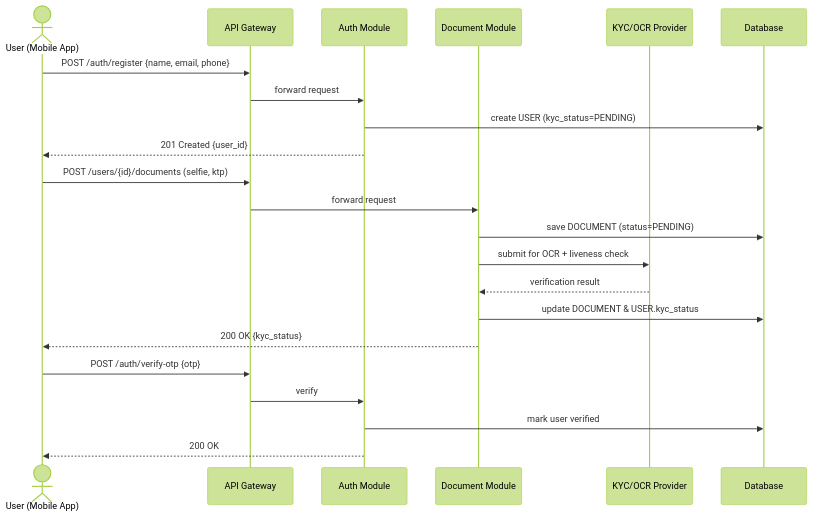
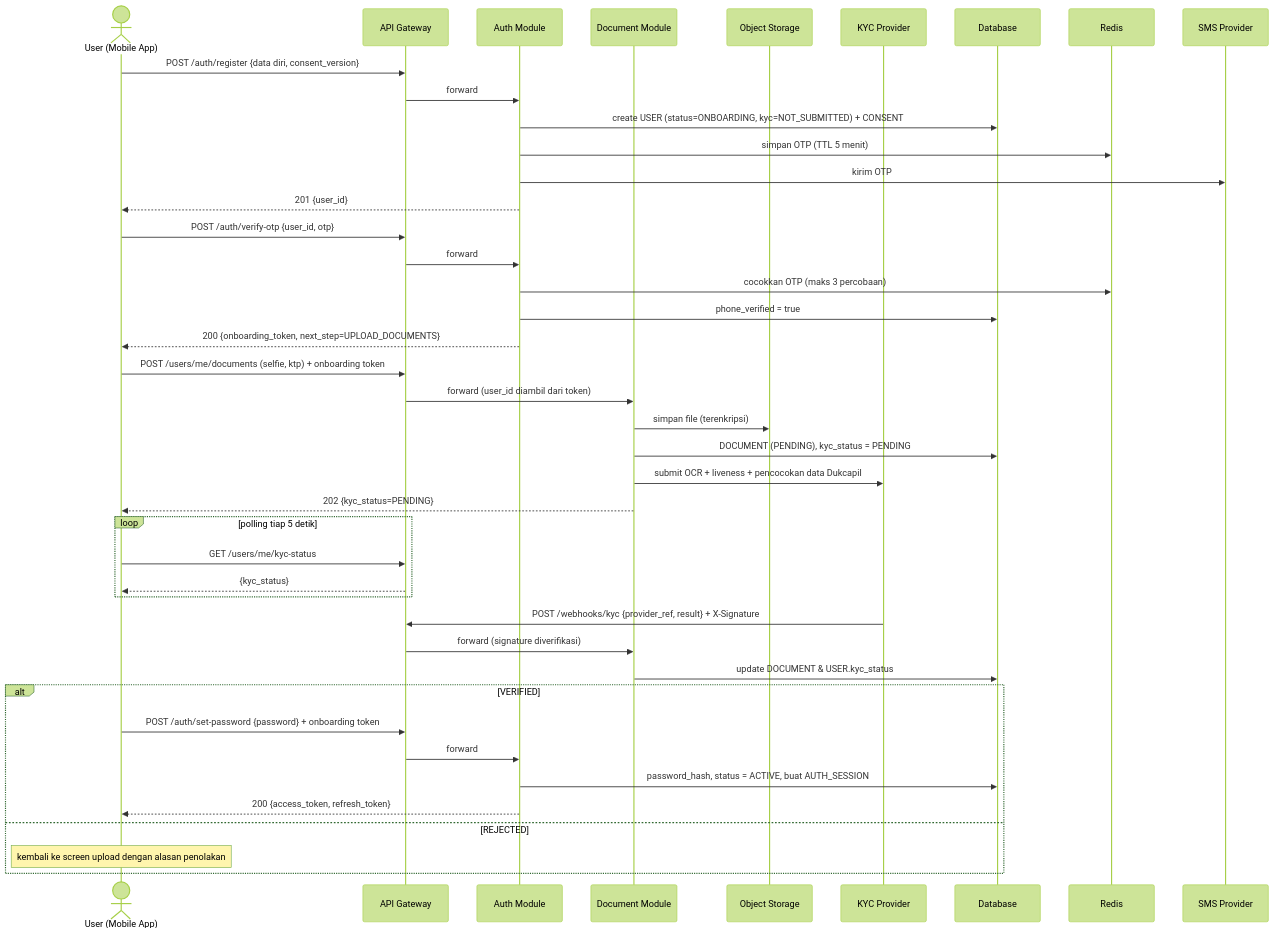
One commit to sendygit/assesment-solution-analyst changed the first of 6 diagrams in docs/04-api-design/api-sequence-diagrams.md. Above: the diagram before and after it, drawn with Mermaid (forest theme). The commit also changed other lines of this file and 2 other files, not shown here.

Commit message:
Rework API design: fix OpenAPI spec, secure onboarding, add loan state diagram

````diff
--- a/docs/04-api-design/api-sequence-diagrams.md
+++ b/docs/04-api-design/api-sequence-diagrams.md
@@ -5,27 +7,50 @@
 ```mermaid
 sequenceDiagram
     actor U as User (Mobile App)
     participant GW as API Gateway
     participant Auth as Auth Module
     participant Doc as Document Module
-    participant KYC as KYC/OCR Provider
+    participant Blob as Object Storage
+    participant KYC as KYC Provider
     participant DB as Database
+    participant Cache as Redis
+    participant SMS as SMS Provider
 
-    U->>GW: POST /auth/register {name, email, phone}
-    GW->>Auth: forward request
-    Auth->>DB: create USER (kyc_status=PENDING)
-    Auth-->>U: 201 Created {user_id}
+    U->>GW: POST /auth/register {data diri, consent_version}
+    GW->>Auth: forward
+    Auth->>DB: create USER (status=ONBOARDING, kyc=NOT_SUBMITTED) + CONSENT
+    Auth->>Cache: simpan OTP (TTL 5 menit)
+    Auth->>SMS: kirim OTP
+    Auth-->>U: 201 {user_id}
 
-    U->>GW: POST /users/{id}/documents (selfie, ktp)
-    GW->>Doc: forward request
-    Doc->>DB: save DOCUMENT (status=PENDING)
-    Doc->>KYC: submit for OCR + liveness check
-    KYC-->>Doc: verification result
+    U->>GW: POST /auth/verify-otp {user_id, otp}
+    GW->>Auth: forward
+    Auth->>Cache: cocokkan OTP (maks 3 percobaan)
+    Auth->>DB: phone_verified = true
+    Auth-->>U: 200 {onboarding_token, next_step=UPLOAD_DOCUMENTS}
+
+    U->>GW: POST /users/me/documents (selfie, ktp) + onboarding token
+    GW->>Doc: forward (user_id diambil dari token)
+    Doc->>Blob: simpan file (terenkripsi)
+    Doc->>DB: DOCUMENT (PENDING), kyc_status = PENDING
+    Doc->>KYC: submit OCR + liveness + pencocokan data Dukcapil
+    Doc-->>U: 202 {kyc_status=PENDING}
+
+    loop polling tiap 5 detik
+        U->>GW: GET /users/me/kyc-status
+        GW-->>U: {kyc_status}
+    end
+
+    KYC->>GW: POST /webhooks/kyc {provider_ref, result} + X-Signature
+    GW->>Doc: forward (signature diverifikasi)
     Doc->>DB: update DOCUMENT & USER.kyc_status
-    Doc-->>U: 200 OK {kyc_status}
 
-    U->>GW: POST /auth/verify-otp {otp}
-    GW->>Auth: verify
-    Auth->>DB: mark user verified
-    Auth-->>U: 200 OK
+    alt VERIFIED
+        U->>GW: POST /auth/set-password {password} + onboarding token
+        GW->>Auth: forward
+        Auth->>DB: password_hash, status = ACTIVE, buat AUTH_SESSION
+        Auth-->>U: 200 {access_token, refresh_token}
+    else REJECTED
+        Note over U: kembali ke screen upload dengan alasan penolakan
+    end
 ```
````
